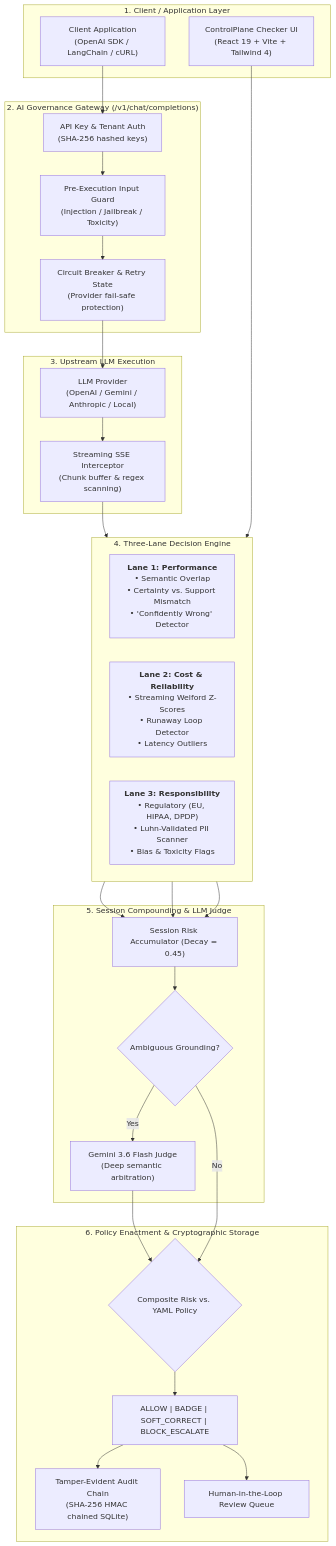
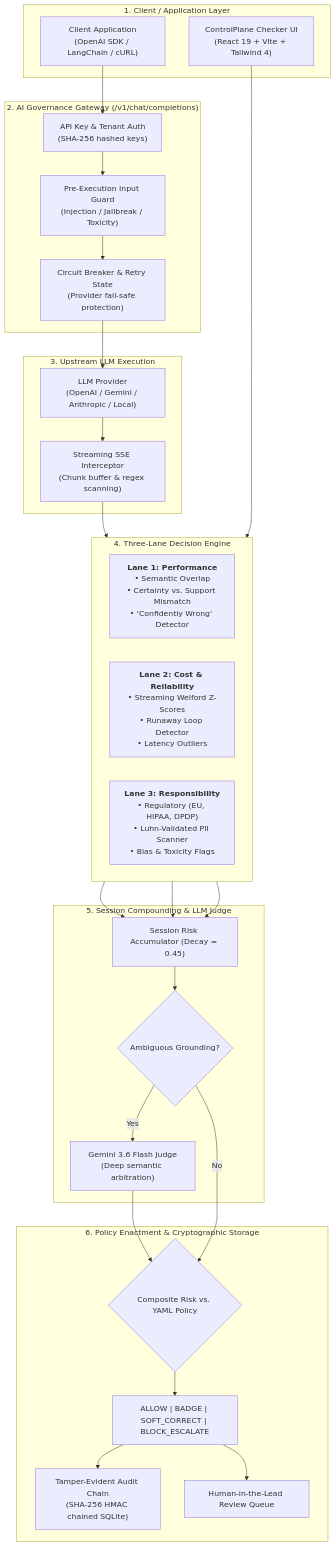
One commit to lucifer-135/ControlPlane-Checker-Enterprise-AI-Trust-Governance changed the diagram in README.md. Above: the diagram before and after it, drawn with Mermaid. The commit also changed other lines of this file and 3 other files, not shown here.

Commit message:
docs: update 'human in the loop' terminology to 'human in the lead' across the project

````diff
--- a/README.md
+++ b/README.md
@@ -200,58 +200,58 @@
 ```mermaid
 flowchart TD
     subgraph ClientLayer["1. Client / Application Layer"]
         ClientApp["Client Application\n(OpenAI SDK / LangChain / cURL)"]
         BrowserUI["ControlPlane Checker UI\n(React 19 + Vite + Tailwind 4)"]
     end
 
     subgraph GatewayLayer["2. AI Governance Gateway (/v1/chat/completions)"]
         AuthCheck["API Key & Tenant Auth\n(SHA-256 hashed keys)"]
         InputGuard["Pre-Execution Input Guard\n(Injection / Jailbreak / Toxicity)"]
         CircuitBreaker["Circuit Breaker & Retry State\n(Provider fail-safe protection)"]
     end
 
     subgraph UpstreamLLM["3. Upstream LLM Execution"]
         LLMProvider["LLM Provider\n(OpenAI / Gemini / Anthropic / Local)"]
         StreamEngine["Streaming SSE Interceptor\n(Chunk buffer & regex scanning)"]
     end
 
     subgraph GovernanceEngine["4. Three-Lane Decision Engine"]
         direction LR
         L1["<b>Lane 1: Performance</b><br/>• Semantic Overlap<br/>• Certainty vs. Support Mismatch<br/>• 'Confidently Wrong' Detector"]
         L2["<b>Lane 2: Cost & Reliability</b><br/>• Streaming Welford Z-Scores<br/>• Runaway Loop Detector<br/>• Latency Outliers"]
         L3["<b>Lane 3: Responsibility</b><br/>• Regulatory (EU, HIPAA, DPDP)<br/>• Luhn-Validated PII Scanner<br/>• Bias & Toxicity Flags"]
     end
 
     subgraph Arbiter["5. Session Compounding & LLM Judge"]
         Accumulator["Session Risk Accumulator (Decay = 0.45)"]
         JudgeTrigger{"Ambiguous Grounding?"}
         GeminiFlash["Gemini 3.6 Flash Judge\n(Deep semantic arbitration)"]
     end
 
     subgraph EnactmentStorage["6. Policy Enactment & Cryptographic Storage"]
         PolicyRouter{"Composite Risk vs. YAML Policy"}
         Tiers["ALLOW | BADGE | SOFT_CORRECT | BLOCK_ESCALATE"]
         AuditChain["Tamper-Evident Audit Chain\n(SHA-256 HMAC chained SQLite)"]
-        ReviewQueue["Human-in-the-Loop Review Queue"]
+        ReviewQueue["Human-in-the-Lead Review Queue"]
     end
 
     ClientApp --> AuthCheck
     AuthCheck --> InputGuard
     InputGuard --> CircuitBreaker
     CircuitBreaker --> LLMProvider
     LLMProvider --> StreamEngine
     StreamEngine --> GovernanceEngine
 
     BrowserUI --> GovernanceEngine
     L1 --> Accumulator
     L2 --> Accumulator
     L3 --> Accumulator
     Accumulator --> JudgeTrigger
     JudgeTrigger -- Yes --> GeminiFlash
     GeminiFlash --> PolicyRouter
     JudgeTrigger -- No --> PolicyRouter
 
     PolicyRouter --> Tiers
     Tiers --> AuditChain
     Tiers --> ReviewQueue
 ```
````
